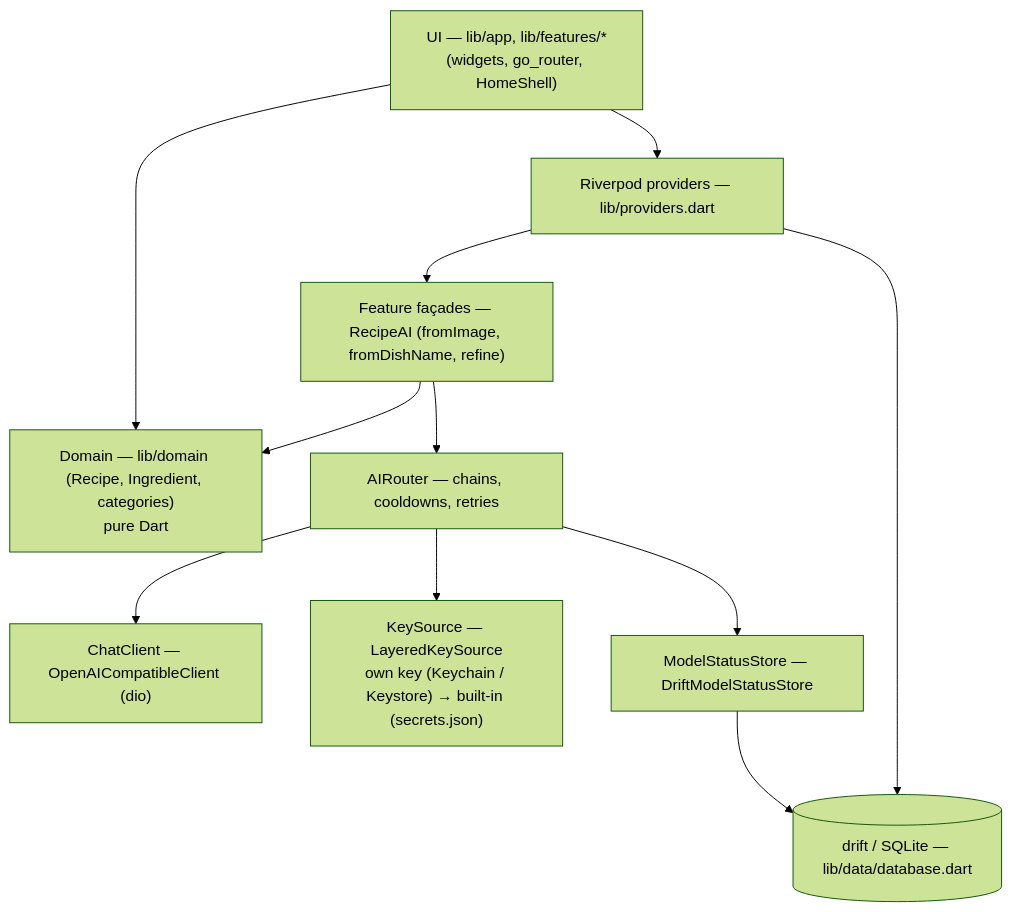
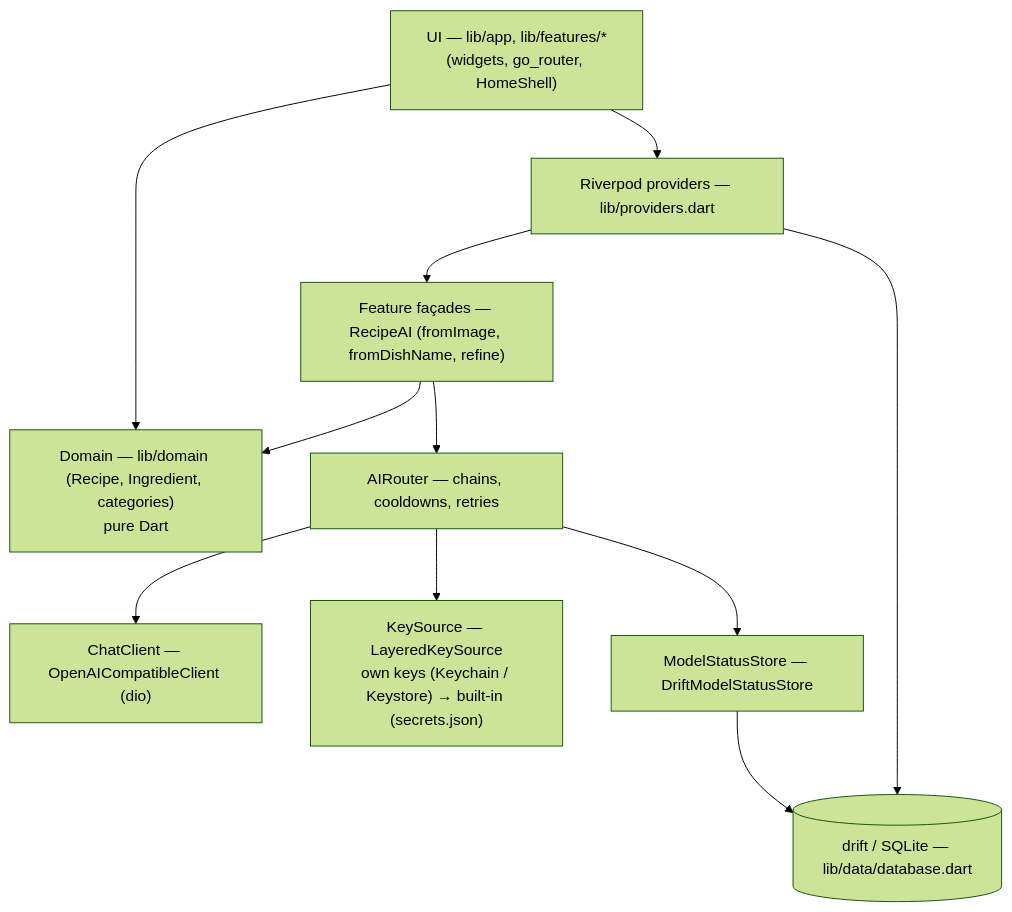
Before and after one commit to anjahubac/tavli: the first of 2 diagrams in docs/architecture.md, drawn with Mermaid (forest theme). The commit also changed other lines of this file and 12 other files, not shown here.

````diff
--- a/docs/architecture.md
+++ b/docs/architecture.md
@@ -5,23 +5,23 @@
 ```mermaid
 flowchart TD
   UI["UI — lib/app, lib/features/*<br/>(widgets, go_router, HomeShell)"]
   P["Riverpod providers — lib/providers.dart"]
   F["Feature façades — RecipeAI (fromImage, fromDishName, refine)"]
   D["Domain — lib/domain (Recipe, Ingredient, categories)<br/>pure Dart"]
   R["AIRouter — chains, cooldowns, retries"]
   C["ChatClient — OpenAICompatibleClient (dio)"]
-  K["KeySource — LayeredKeySource<br/>own key (Keychain / Keystore) → built-in (secrets.json)"]
+  K["KeySource — LayeredKeySource<br/>own keys (Keychain / Keystore) → built-in (secrets.json)"]
   S["ModelStatusStore — DriftModelStatusStore"]
   DB[("drift / SQLite — lib/data/database.dart")]
 
   UI --> P
   P --> F
   P --> DB
   F --> R
   F --> D
   R --> C
   R --> K
   R --> S
   S --> DB
   UI --> D
 ```
````
